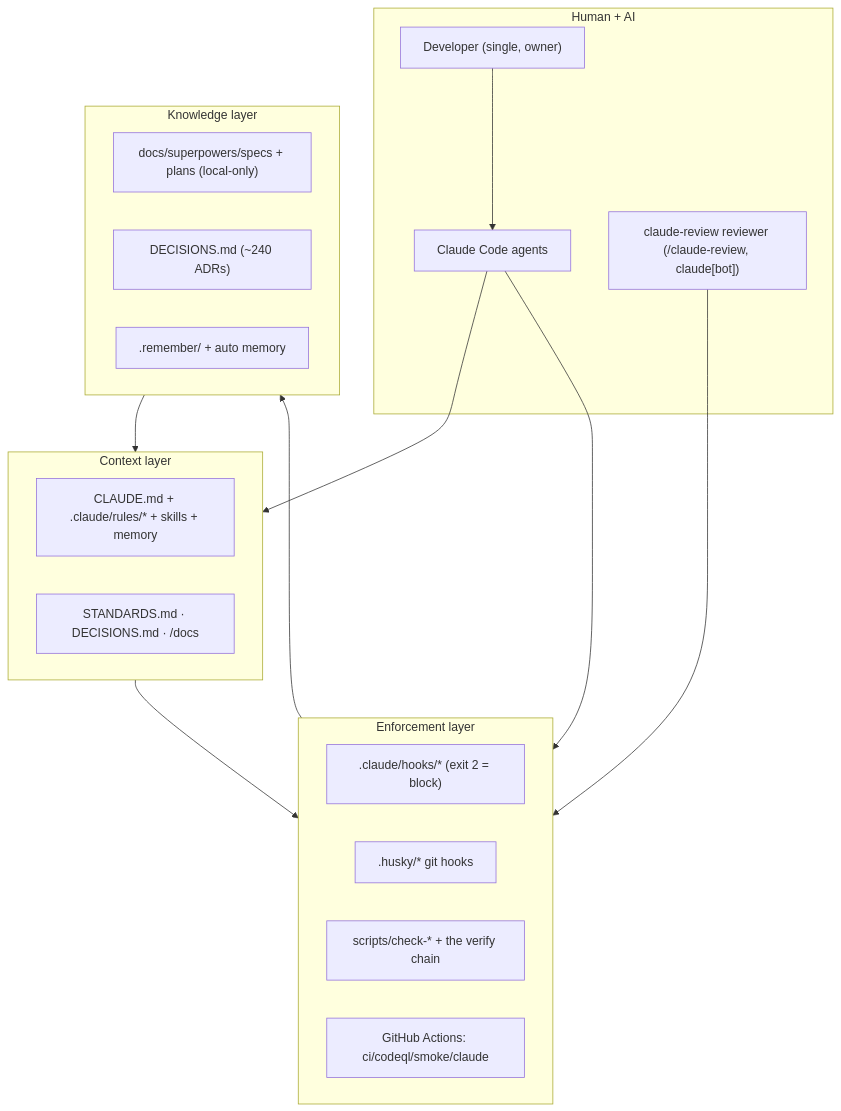
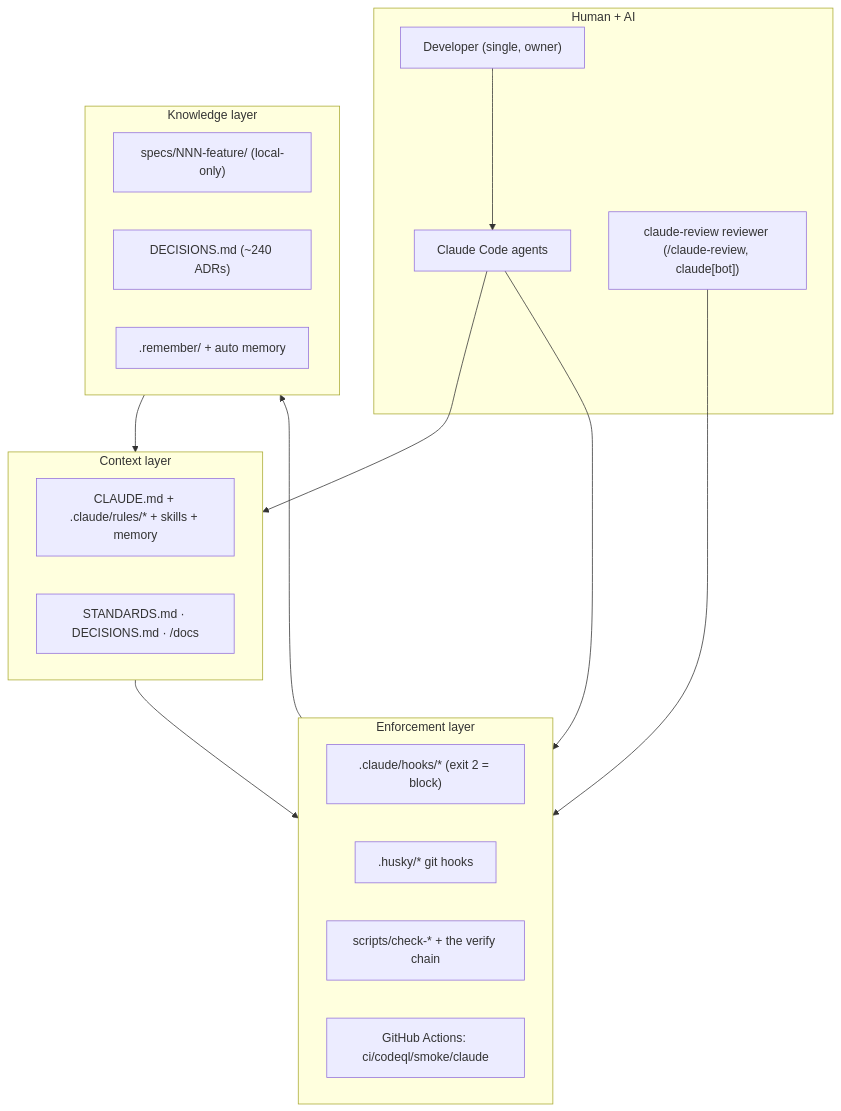
Before and after one commit to erikunha/portfolio: the diagram in docs/handbook/README.md, drawn with Mermaid. The commit also changed other lines of this file and 28 other files, not shown here.

````diff
--- a/docs/handbook/README.md
+++ b/docs/handbook/README.md
@@ -33,30 +32,30 @@
 ```mermaid
 flowchart TB
     subgraph people["Human + AI"]
         dev["Developer (single, owner)"]
         claude["Claude Code agents"]
         claudereview["claude-review reviewer (/claude-review, claude[bot])"]
     end
     subgraph context["Context layer"]
         cl["CLAUDE.md + .claude/rules/* + skills + memory"]
         docs["STANDARDS.md · DECISIONS.md · /docs"]
     end
     subgraph enforce["Enforcement layer"]
         hooks[".claude/hooks/* (exit 2 = block)"]
         husky[".husky/* git hooks"]
         gates["scripts/check-* + the verify chain"]
         ci["GitHub Actions: ci/codeql/smoke/claude"]
     end
     subgraph knowledge["Knowledge layer"]
-        specs["docs/superpowers/specs + plans (local-only)"]
+        specs["specs/NNN-feature/ (local-only)"]
         adr["DECISIONS.md (~240 ADRs)"]
         mem[".remember/ + auto memory"]
     end
     dev --> claude
     claude --> context
     context --> enforce
     claude --> enforce
     claudereview --> enforce
     enforce --> knowledge
     knowledge --> context
 ```
````
